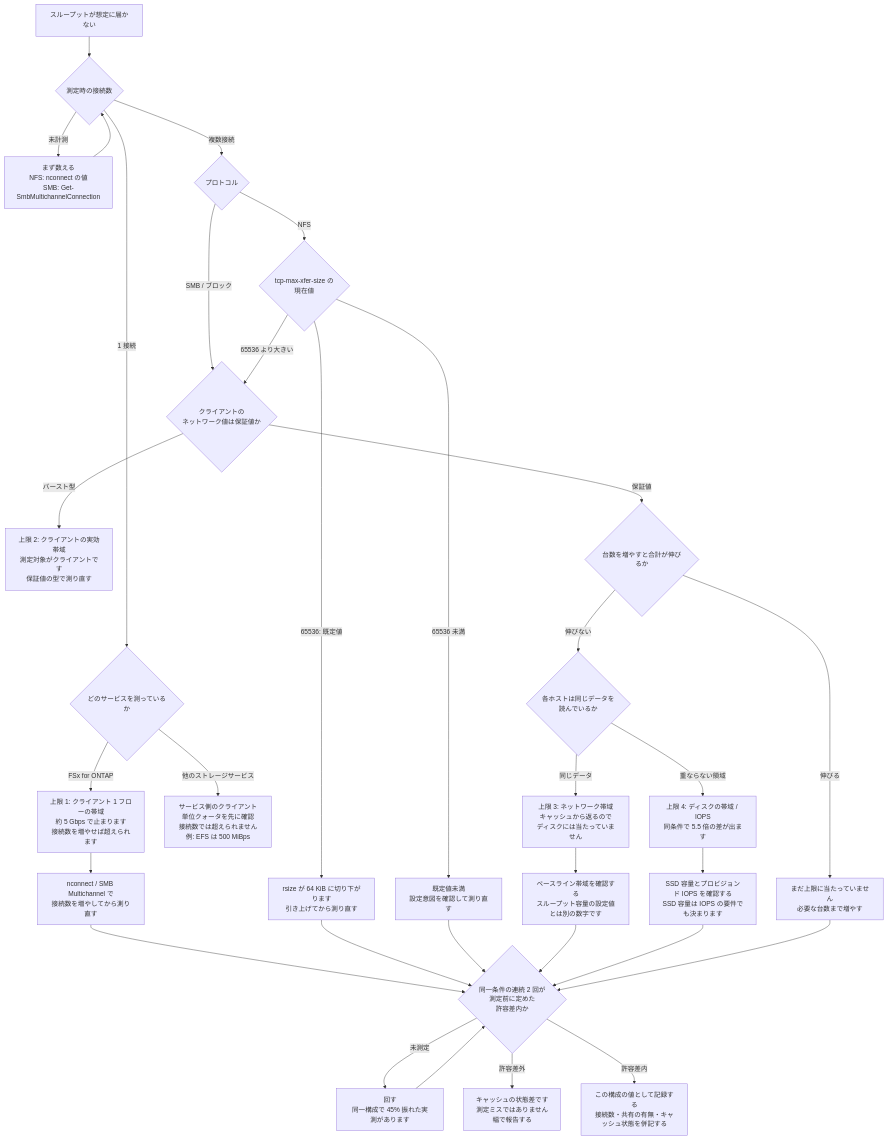
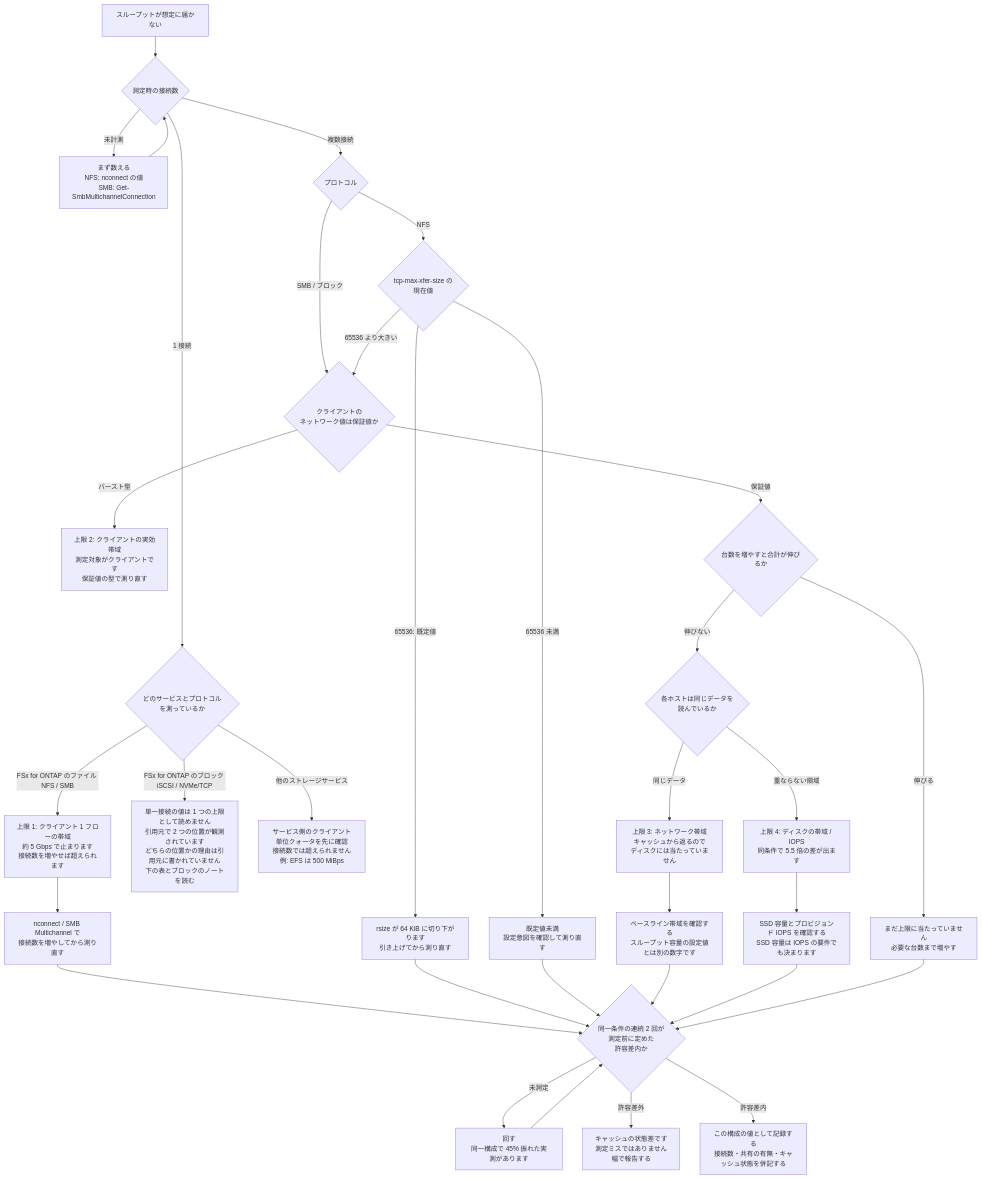
Before and after one commit to Yoshiki0705/FSx-for-ONTAP-Adoption-Playbook: the diagram in docs/ja/reference/decision-trees/measured-throughput-triage.md, drawn with Mermaid. The commit also changed other lines of this file and 8 other files, not shown here.

````diff
--- a/docs/ja/reference/decision-trees/measured-throughput-triage.md
+++ b/docs/ja/reference/decision-trees/measured-throughput-triage.md
@@ -39,45 +39,46 @@
 ```mermaid
 graph TD
     START[スループットが想定に届かない] --> CONN{測定時の接続数}
 
     CONN -->|未計測| COUNT["まず数える<br/>NFS: nconnect の値<br/>SMB: Get-SmbMultichannelConnection"]
     COUNT --> CONN
 
-    CONN -->|1 接続| WHICH{どのサービスを測っているか}
-    WHICH -->|FSx for ONTAP| FLOW["上限 1: クライアント 1 フローの帯域<br/>約 5 Gbps で止まります<br/>接続数を増やせば超えられます"]
+    CONN -->|1 接続| WHICH{どのサービスとプロトコルを測っているか}
+    WHICH -->|FSx for ONTAP のファイル NFS / SMB| FLOW["上限 1: クライアント 1 フローの帯域<br/>約 5 Gbps で止まります<br/>接続数を増やせば超えられます"]
+    WHICH -->|FSx for ONTAP のブロック iSCSI / NVMe/TCP| BLOCK["単一接続の値は 1 つの上限として読めません<br/>引用元で 2 つの位置が観測されています<br/>どちらの位置かの理由は引用元に書かれていません<br/>下の表とブロックのノートを読む"]
     WHICH -->|他のストレージサービス| QUOTA["サービス側のクライアント単位クォータを先に確認<br/>接続数では超えられません<br/>例: EFS は 500 MiBps"]
     FLOW --> RAISE["nconnect / SMB Multichannel で<br/>接続数を増やしてから測り直す"]
 
     CONN -->|複数接続| PROTO{プロトコル}
     PROTO -->|NFS| XFER{"tcp-max-xfer-size の<br/>現在値"}
     PROTO -->|SMB / ブロック| CLIENT
     XFER -->|65536: 既定値| DEFAULT["rsize が 64 KiB に切り下がります<br/>引き上げてから測り直す"]
     XFER -->|65536 未満| BELOW["既定値未満<br/>設定意図を確認して測り直す"]
     XFER -->|65536 より大きい| CLIENT{"クライアントの<br/>ネットワーク値は保証値か"}
 
     CLIENT -->|バースト型| BURST["上限 2: クライアントの実効帯域<br/>測定対象がクライアントです<br/>保証値の型で測り直す"]
     CLIENT -->|保証値| HOSTS{台数を増やすと合計が伸びるか}
 
     HOSTS -->|伸びる| MORE["まだ上限に当たっていません<br/>必要な台数まで増やす"]
     HOSTS -->|伸びない| SHARE{"各ホストは同じデータを<br/>読んでいるか"}
 
     SHARE -->|同じデータ| NET["上限 3: ネットワーク帯域<br/>キャッシュから返るので<br/>ディスクには当たっていません"]
     SHARE -->|重ならない領域| DISK["上限 4: ディスクの帯域 / IOPS<br/>同条件で 5.5 倍の差が出ます"]
 
     NET --> NETCHK["ベースライン帯域を確認する<br/>スループット容量の設定値とは別の数字です"]
     DISK --> DISKCHK["SSD 容量とプロビジョンド IOPS を確認する<br/>SSD 容量は IOPS の要件でも決まります"]
 
     RAISE --> TWICE
     DEFAULT --> TWICE
     BELOW --> TWICE
     NETCHK --> TWICE
     DISKCHK --> TWICE
     MORE --> TWICE
 
     TWICE{"同一条件の連続 2 回が<br/>測定前に定めた<br/>許容差内か"}
     TWICE -->|未測定| RUN["回す<br/>同一構成で 45% 振れた実測があります"]
     TWICE -->|許容差外| CACHE["キャッシュの状態差です<br/>測定ミスではありません<br/>幅で報告する"]
     TWICE -->|許容差内| DONE["この構成の値として記録する<br/>接続数・共有の有無・キャッシュ状態を併記する"]
 
     RUN --> TWICE
 ```
````
